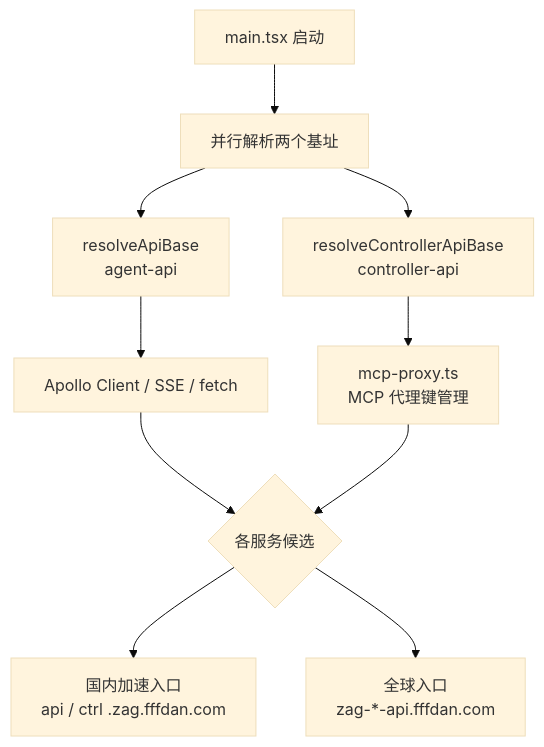
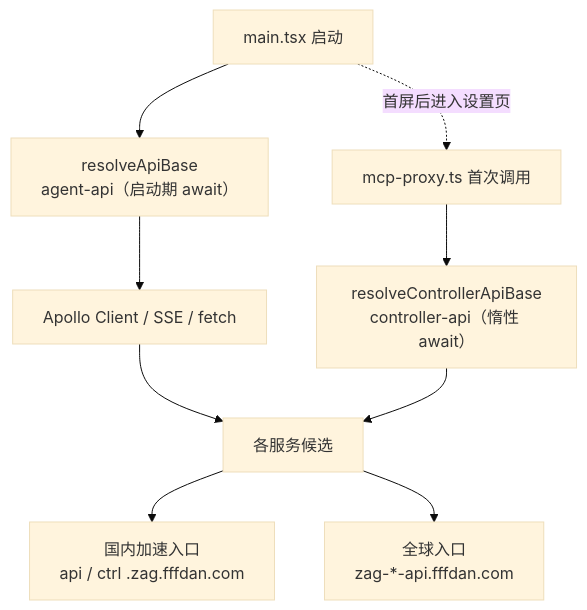
The first of 2 diagrams in docs/engineering/proposals/20261008-feat-domestic-api-acceleration.md (Deliay/z-agent-gear), drawn with Mermaid (base theme) before and after one commit. The commit also changed other lines of this file and 1 other file, not shown here.

Commit message:
docs: 按 review 意见修订——controller 惰性解析 + VITE_CONTROLLER_API_URL 影响评估（v1.1）

````diff
--- a/docs/engineering/proposals/20261008-feat-domestic-api-acceleration.md
+++ b/docs/engineering/proposals/20261008-feat-domestic-api-acceleration.md
@@ -81,12 +87,11 @@
 ```mermaid
 flowchart TD
-    A[main.tsx 启动] --> B[并行解析两个基址]
-    B --> C[resolveApiBase<br/>agent-api]
-    B --> D[resolveControllerApiBase<br/>controller-api]
-    C --> E[Apollo Client / SSE / fetch]
-    D --> F[mcp-proxy.ts<br/>MCP 代理键管理]
-    E --> G{各服务候选}
-    F --> G
-    G --> H[国内加速入口<br/>api / ctrl .zag.fffdan.com]
-    G --> I[全球入口<br/>zag-*-api.fffdan.com]
+    A[main.tsx 启动] --> B[resolveApiBase<br/>agent-api（启动期 await）]
+    B --> C[Apollo Client / SSE / fetch]
+    C --> D[各服务候选]
+    A -. 首屏后进入设置页 .-> E[mcp-proxy.ts 首次调用]
+    E --> F[resolveControllerApiBase<br/>controller-api（惰性 await）]
+    F --> D
+    D --> G[国内加速入口<br/>api / ctrl .zag.fffdan.com]
+    D --> H[全球入口<br/>zag-*-api.fffdan.com]
 ```
````
